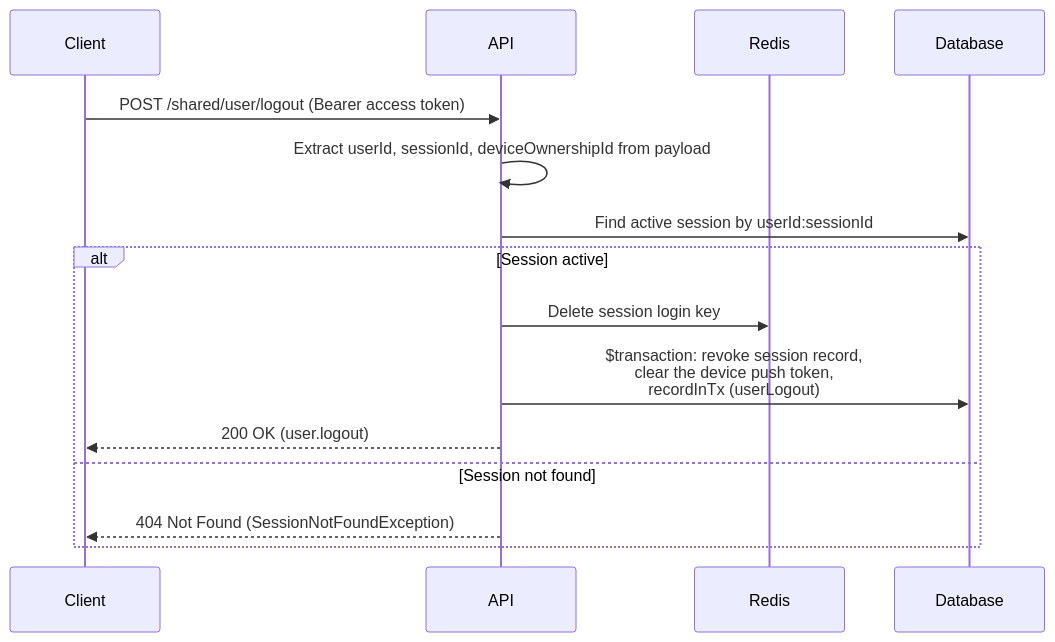
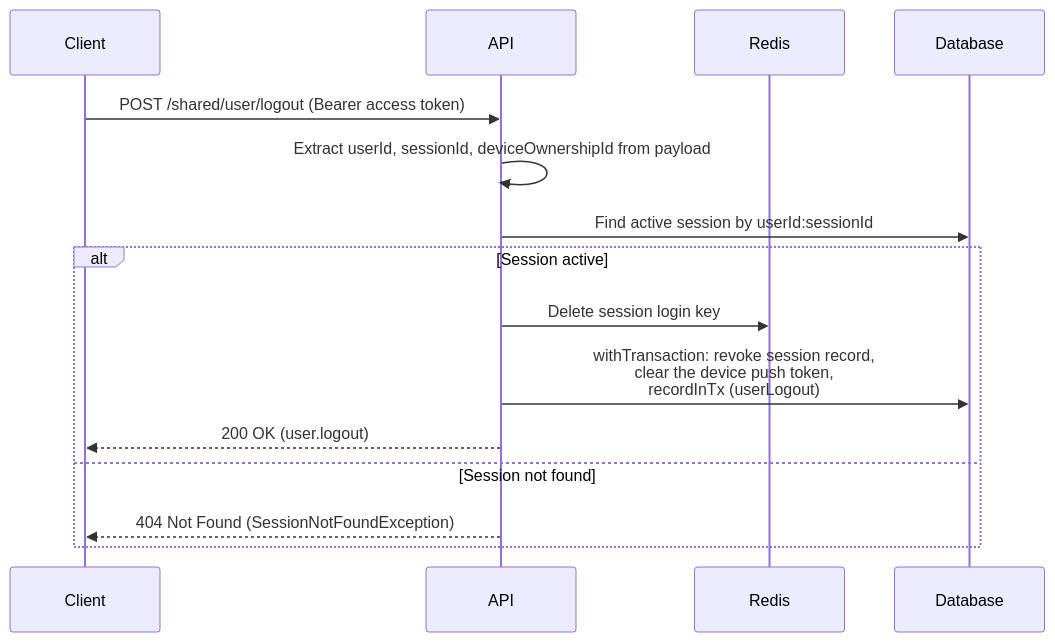
Before and after one commit to andrechristikan/ack-nestjs-boilerplate: the fourth of 9 diagrams in docs/authentication.md, drawn with Mermaid. The commit also changed other lines of this file and 45 other files, not shown here.

````diff
--- a/docs/authentication.md
+++ b/docs/authentication.md
@@ -367,18 +367,18 @@
 ```mermaid
 sequenceDiagram
     participant Client
     participant API
     participant Redis
     participant Database
 
     Client->>API: POST /shared/user/logout (Bearer access token)
     API->>API: Extract userId, sessionId, deviceOwnershipId from payload
     API->>Database: Find active session by userId:sessionId
     alt Session active
         API->>Redis: Delete session login key
-        API->>Database: $transaction: revoke session record,<br/>clear the device push token,<br/>recordInTx (userLogout)
+        API->>Database: withTransaction: revoke session record,<br/>clear the device push token,<br/>recordInTx (userLogout)
         API-->>Client: 200 OK (user.logout)
     else Session not found
         API-->>Client: 404 Not Found (SessionNotFoundException)
     end
 ```
````
